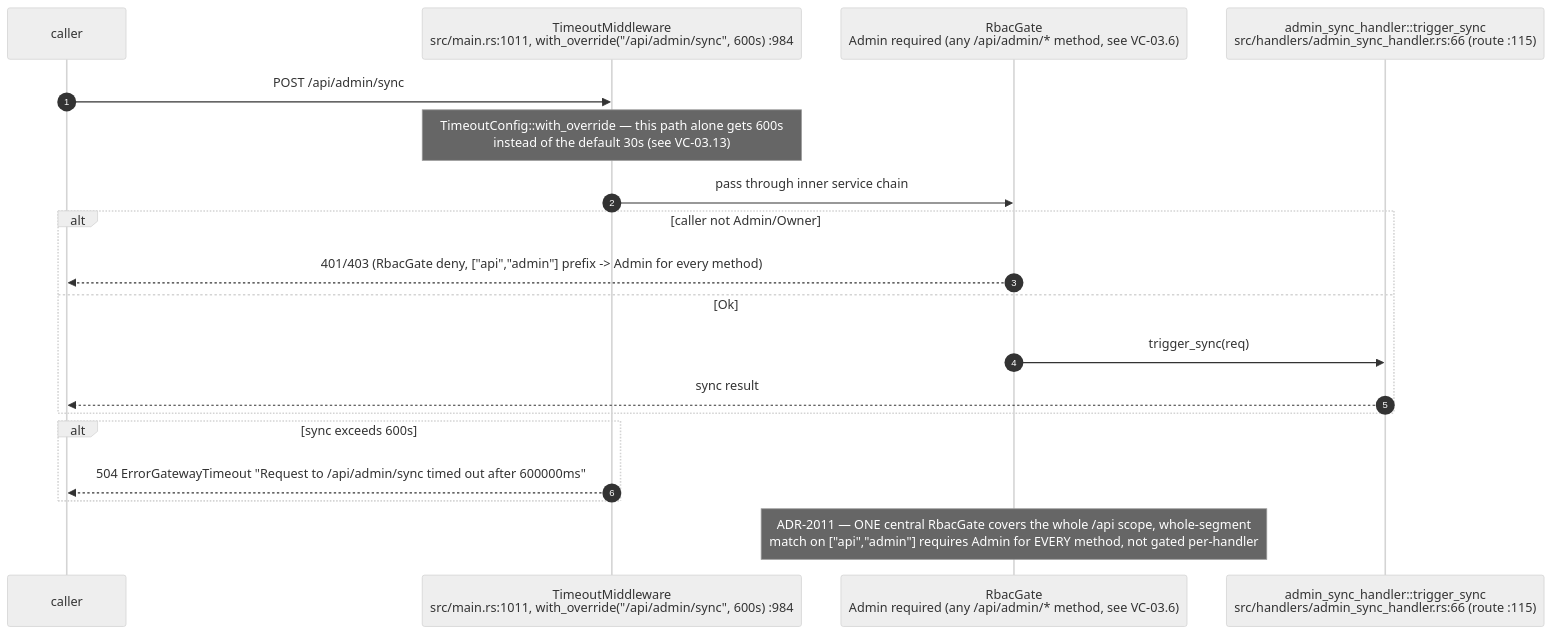
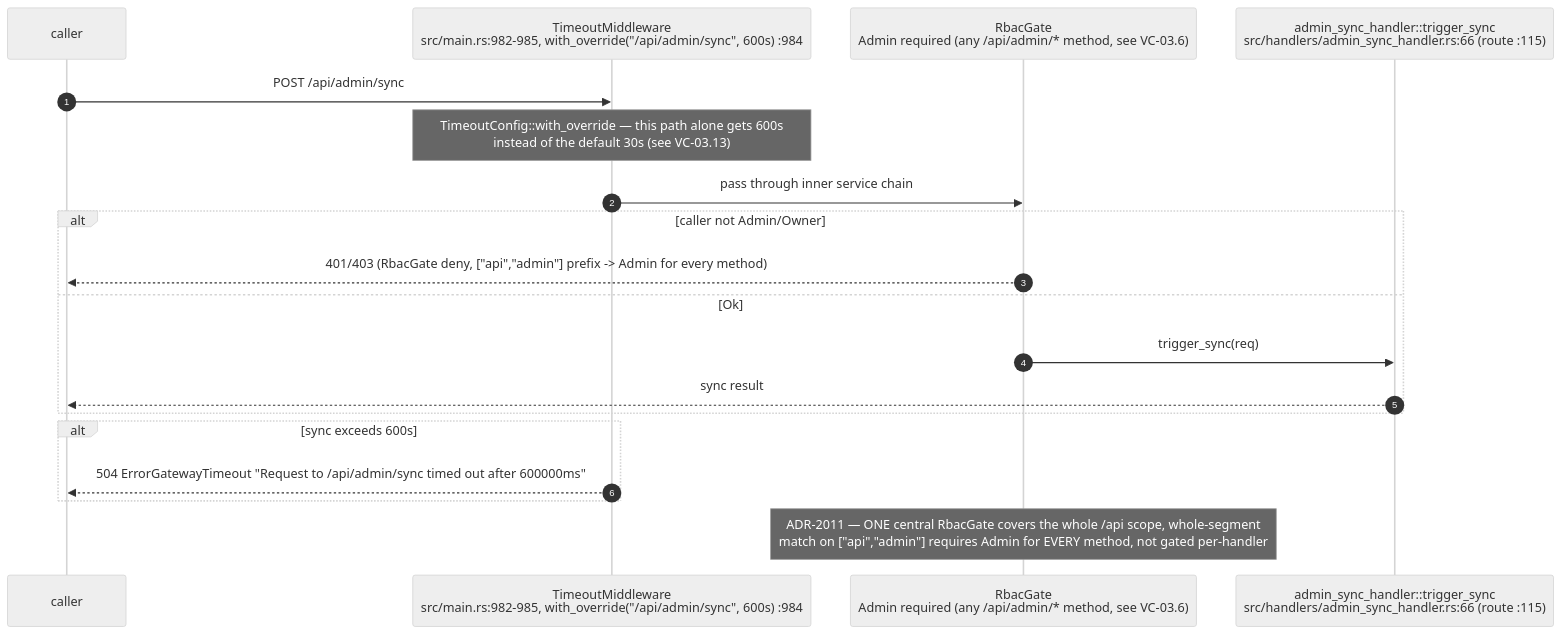
The second of 18 diagrams in docs/diagrams/visionclaw/05-handlers-governance-and-identity.md (DreamLab-AI/VisionFlow), drawn with Mermaid (neutral theme) before and after one commit. The commit also changed other lines of this file and 25 other files, not shown here.

````diff
--- a/docs/diagrams/visionclaw/05-handlers-governance-and-identity.md
+++ b/docs/diagrams/visionclaw/05-handlers-governance-and-identity.md
@@ -117,22 +117,22 @@
 ```mermaid
 sequenceDiagram
     autonumber
     participant C as caller
-    participant TO as TimeoutMiddleware<br/>src/main.rs:1011, with_override("/api/admin/sync", 600s) :984
+    participant TO as TimeoutMiddleware<br/>src/main.rs:982-985, with_override("/api/admin/sync", 600s) :984
     participant RG as RbacGate<br/>Admin required (any /api/admin/* method, see VC-03.6)
     participant H as admin_sync_handler::trigger_sync<br/>src/handlers/admin_sync_handler.rs:66 (route :115)
 
     C->>TO: POST /api/admin/sync
     Note over TO: TimeoutConfig::with_override — this path alone gets 600s<br/>instead of the default 30s (see VC-03.13)
     TO->>RG: pass through inner service chain
     alt caller not Admin/Owner
         RG-->>C: 401/403 (RbacGate deny, ["api","admin"] prefix -> Admin for every method)
     else Ok
         RG->>H: trigger_sync(req)
         H-->>C: sync result
     end
     alt sync exceeds 600s
         TO-->>C: 504 ErrorGatewayTimeout "Request to /api/admin/sync timed out after 600000ms"
     end
     Note over RG: ADR-2011 — ONE central RbacGate covers the whole /api scope, whole-segment<br/>match on ["api","admin"] requires Admin for EVERY method, not gated per-handler
 ```
````
